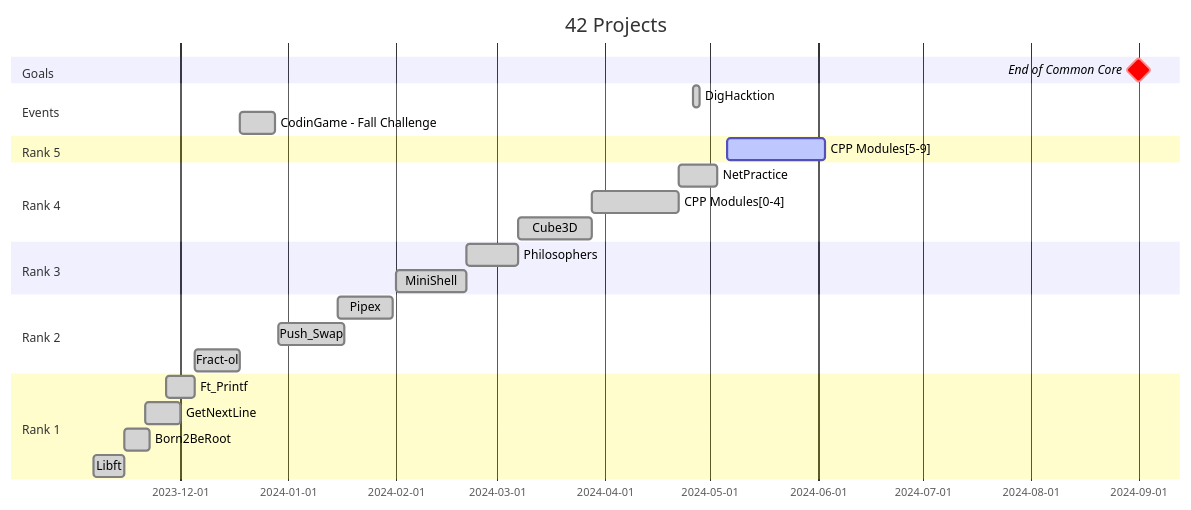
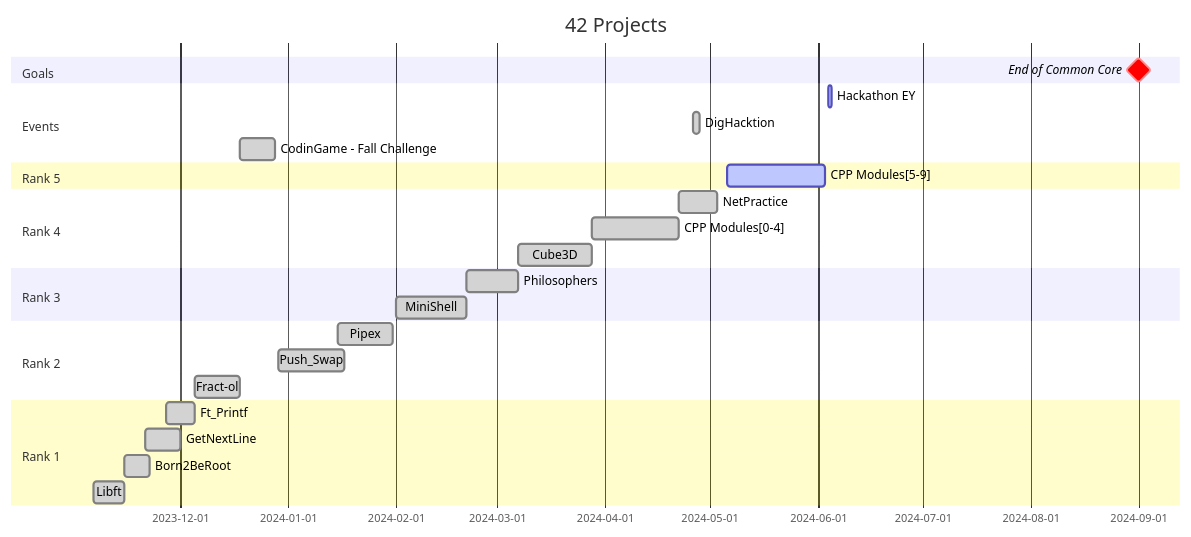
One commit to Tablerase/42_Projects changed the diagram in README.md. Above: the diagram before and after it, drawn with Mermaid.

Commit message:
docs: add timeline events

````diff
--- a/README.md
+++ b/README.md
@@ -67,35 +67,36 @@
 ```mermaid
 gantt
     title 42 Projects
     dateFormat  YYYY-MM-DD
 
     section Goals
     End of Common Core : milestone, crit, m1, 2024-09-01, 1m
 
     section Events
+    Hackathon EY : active, 2024-06-04, 2024-06-05
     DigHacktion : done, 2024-04-26, 2024-04-28
-    CodinGame - Fall Challenge :done, 2023-12-18, 2023-12-28
+    CodinGame - Fall Challenge : done, 2023-12-18, 2023-12-28
 
     section Rank 5
     CPP Modules[5-9] : active, 2024-05-06, 4w
 
     section Rank 4
     NetPractice : done, 2024-04-22, 2024-05-03
     CPP Modules[0-4] : done, 2024-03-28, 2024-04-22
     Cube3D :done, 2024-03-07, 2024-03-28
   
     section Rank 3
     Philosophers :done, 2024-02-21, 2024-03-07
     MiniShell :done, 2024-02-01, 2024-02-21
 
     section Rank 2
     Pipex :done, 2024-01-15, 2024-01-31
     Push_Swap :done, 2023-12-29, 2024-01-17
     Fract-ol :done, 2023-12-05, 2023-12-18
 
     section Rank 1
     Ft_Printf :done, 2023-11-27, 2023-12-05
     GetNextLine :done, 2023-11-21, 2023-12-01
     Born2BeRoot :done, 2023-11-15, 2023-11-22
     Libft :done, 2023-11-06, 2023-11-15
 ```
````
